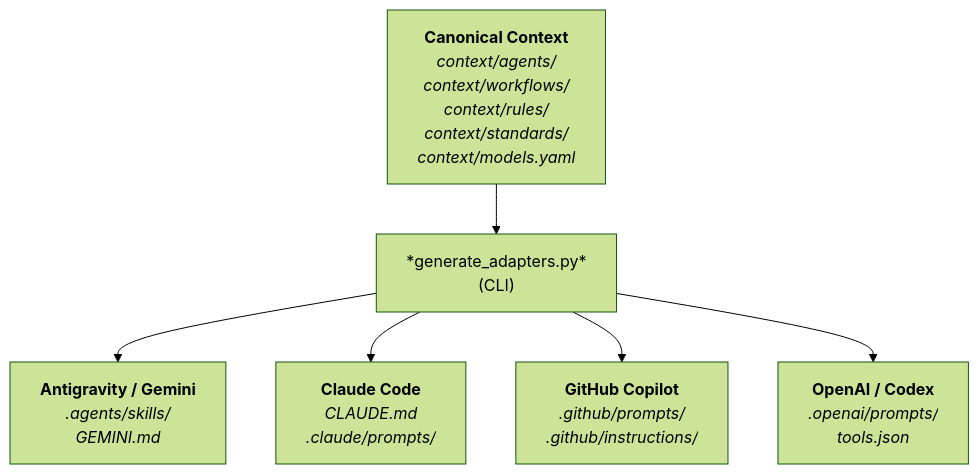
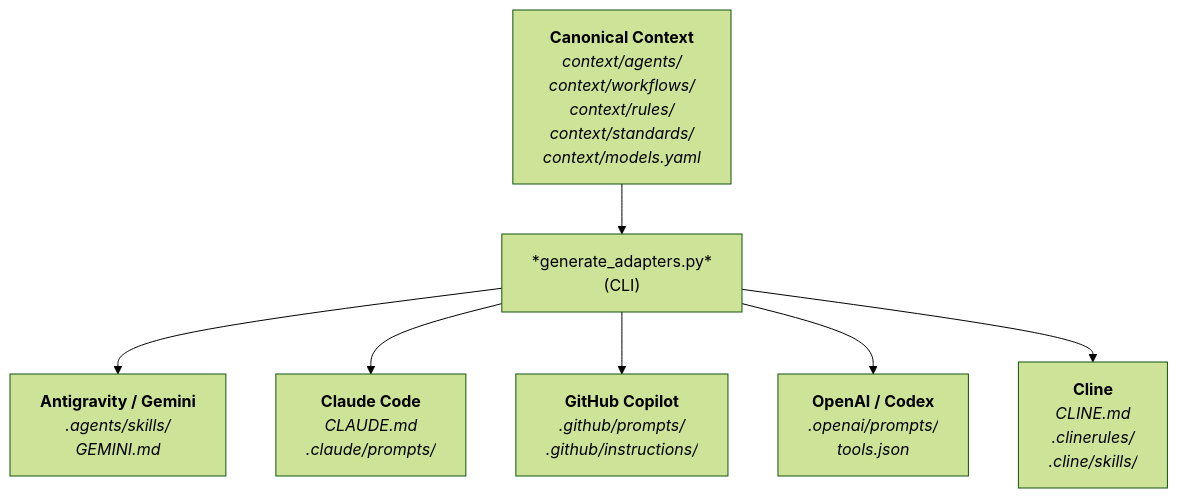
The second of 3 diagrams in context/README.md (Schmoiger/start-here), drawn with Mermaid (forest theme) before and after one commit. The commit also changed other lines of this file, not shown here.

First line of the commit message:
docs(context): document cline telemetry source and inventory

````diff
--- a/context/README.md
+++ b/context/README.md
@@ -620,31 +621,36 @@
 ```mermaid
 flowchart TD
     Canon["`**Canonical Context**
 *context/agents/
 context/workflows/
 context/rules/
 context/standards/
 context/models.yaml*`"]
 
     Gen["*generate_adapters.py*
 (CLI)"]
 
     Gemini["`**Antigravity / Gemini**
 *.agents/skills/
 GEMINI.md*`"]
     Claude["`**Claude Code**
 *CLAUDE.md
 .claude/prompts/*`"]
     Copilot["`**GitHub Copilot**
 *.github/prompts/
 .github/instructions/*`"]
     Codex["`**OpenAI / Codex**
 *.openai/prompts/
 tools.json*`"]
+    Cline["`**Cline**
+*CLINE.md
+.clinerules/
+.cline/skills/*`"]
 
     Canon --> Gen
     Gen --> Gemini
     Gen --> Claude
     Gen --> Copilot
     Gen --> Codex
+    Gen --> Cline
 ```
````
